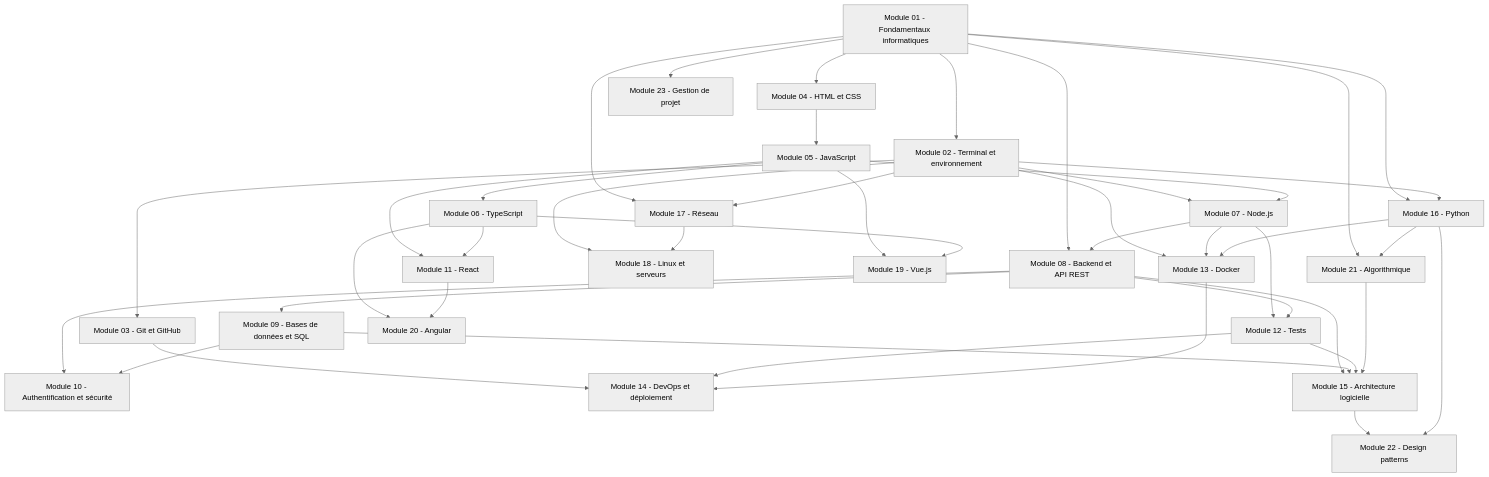
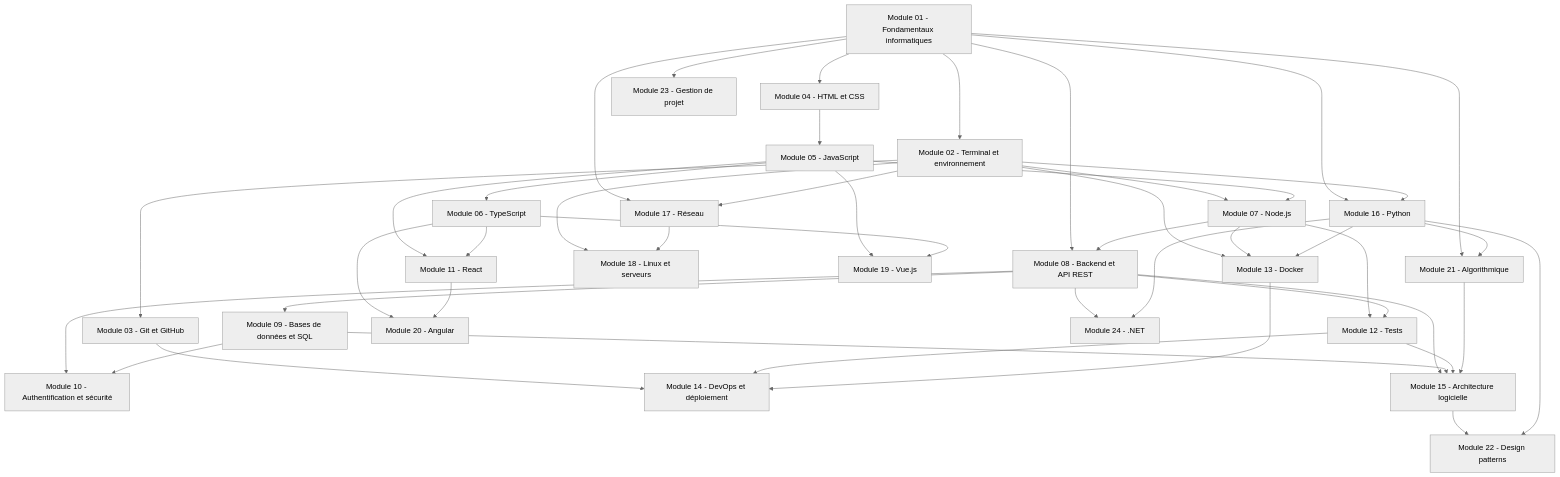
Before and after one commit to galsen-76/Informatique-: the diagram in 01 — Parcours/Parcours.md, drawn with Mermaid (neutral theme). The commit also changed 40 other files, not shown here.

First line of the commit message:
Cours .NET : module 24, 4 cours, 4 fiches, syntaxe C# dans 17 fiches, commandes dotnet, mini-projet Découvrir .NET, bonnes pratiques

````diff
--- a/01 — Parcours/Parcours.md
+++ b/01 — Parcours/Parcours.md
@@ -34,6 +34,7 @@
   M21["Module 21 - Algorithmique"]
   M22["Module 22 - Design patterns"]
   M23["Module 23 - Gestion de projet"]
+  M24["Module 24 - .NET"]
   M1 --> M2
   M2 --> M3
   M1 --> M4
@@ -75,6 +76,8 @@
   M15 --> M22
   M16 --> M22
   M1 --> M23
+  M8 --> M24
+  M16 --> M24
   class M1 internal-link;
   class M2 internal-link;
   class M3 internal-link;
@@ -98,4 +101,5 @@
   class M21 internal-link;
   class M22 internal-link;
   class M23 internal-link;
+  class M24 internal-link;
 ```
````
